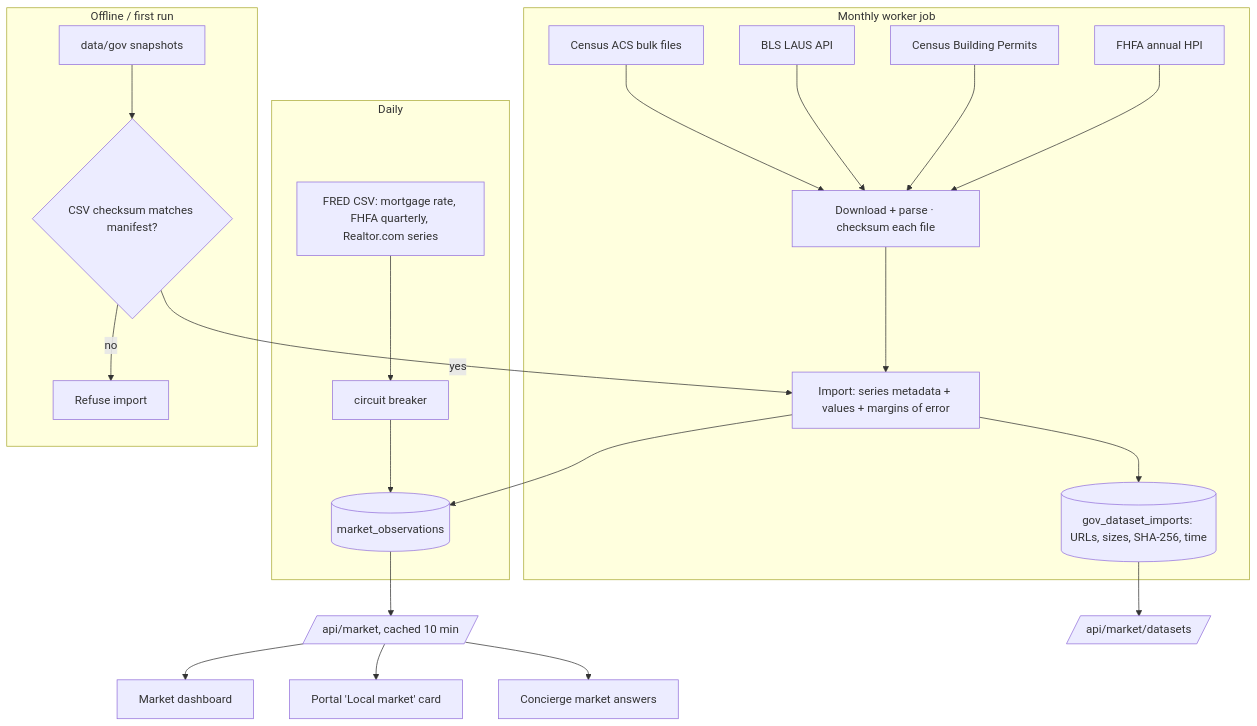
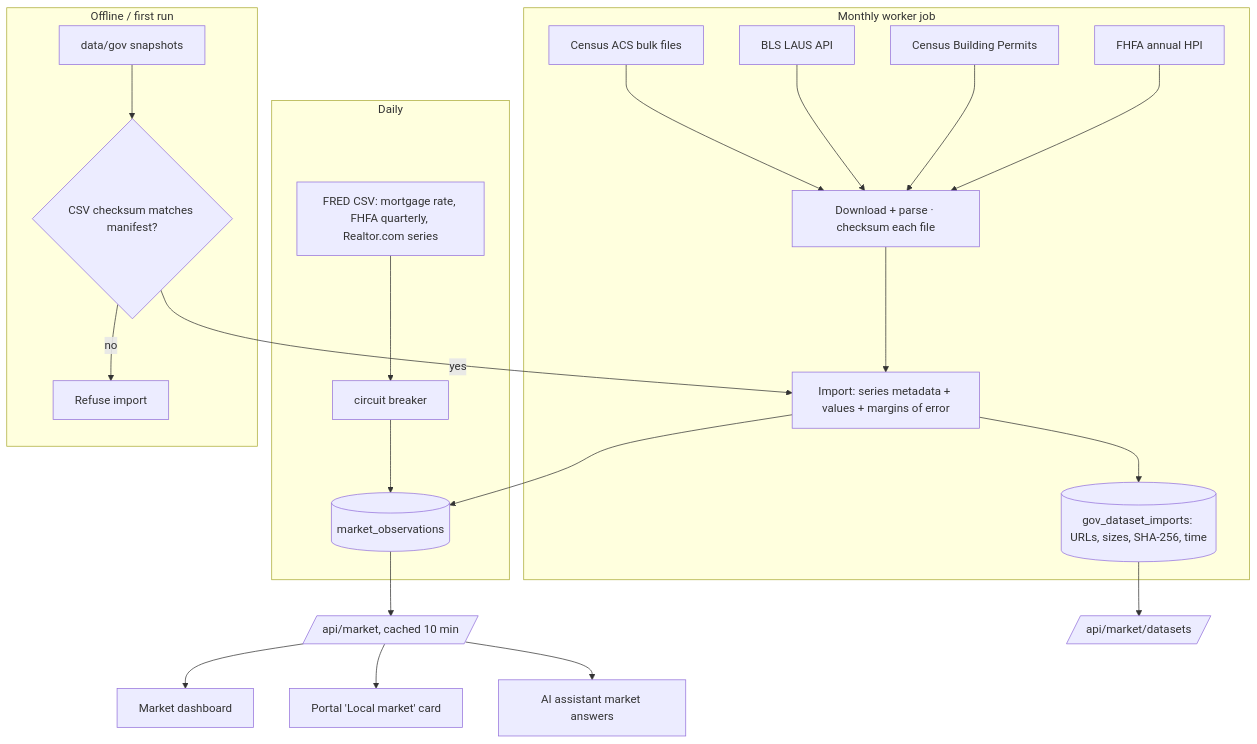
Before and after one commit to AkshaySaraf17/surette-nexus: the tenth of 12 diagrams in docs/system-flows.md, drawn with Mermaid. The commit also changed other lines of this file and 118 other files, not shown here.

First line of the commit message:
Add customer email confirmation, password reset and Google sign-in; rename the concierge to AI assistant; label the site as a demo

````diff
--- a/docs/system-flows.md
+++ b/docs/system-flows.md
@@ -312,25 +328,25 @@
 ```mermaid
 flowchart TD
   subgraph Daily
     F[FRED CSV: mortgage rate, FHFA quarterly, Realtor.com series] --> FB[circuit breaker] --> MO[(market_observations)]
   end
   subgraph Monthly worker job
     A1[Census ACS bulk files] --> DL
     A2[BLS LAUS API] --> DL
     A3[Census Building Permits] --> DL
     A4[FHFA annual HPI] --> DL
     DL[Download + parse · checksum each file] --> IM[Import: series metadata + values + margins of error]
     IM --> MO
     IM --> GI[(gov_dataset_imports: URLs, sizes, SHA-256, time)]
   end
   subgraph Offline / first run
     SN[data/gov snapshots] --> VC{CSV checksum matches manifest?}
     VC -->|no| RJ[Refuse import]
     VC -->|yes| IM
   end
   MO --> API[/api/market, cached 10 min/]
   GI --> PROV[/api/market/datasets/]
   API --> D1[Market dashboard]
   API --> D2[Portal 'Local market' card]
-  API --> D3[Concierge market answers]
+  API --> D3[AI assistant market answers]
 ```
````
